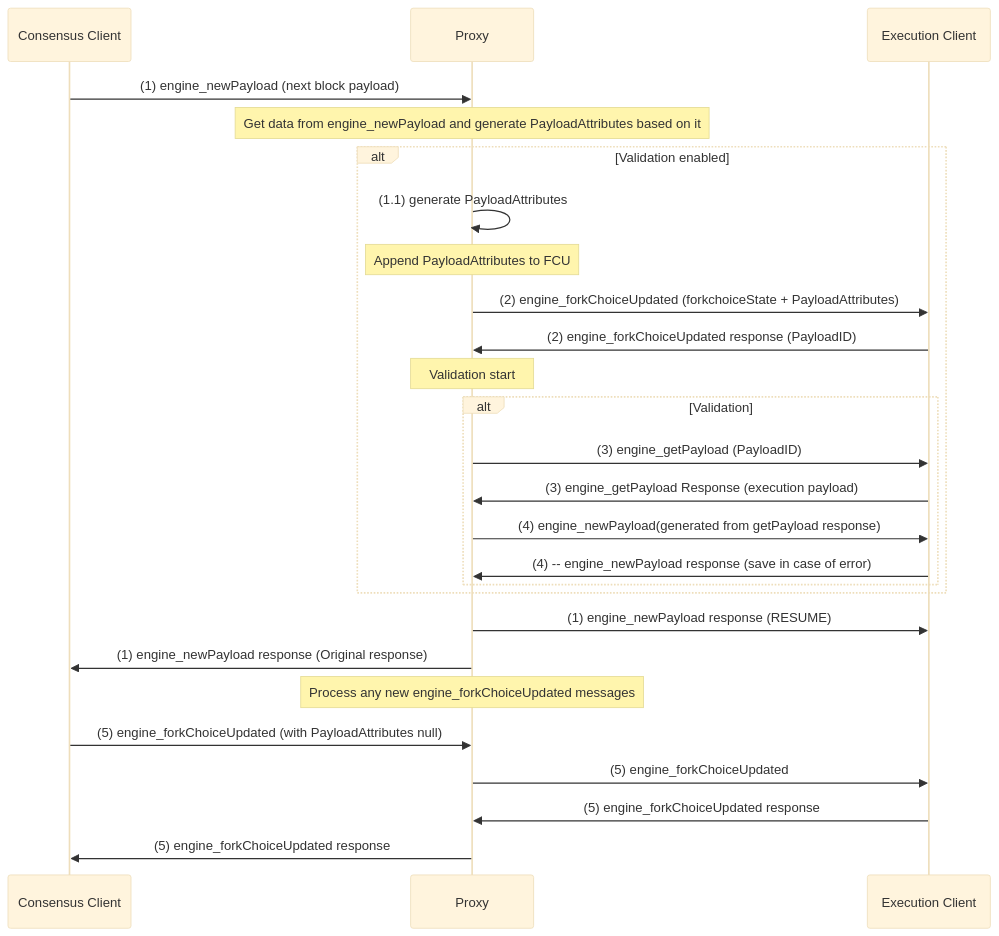
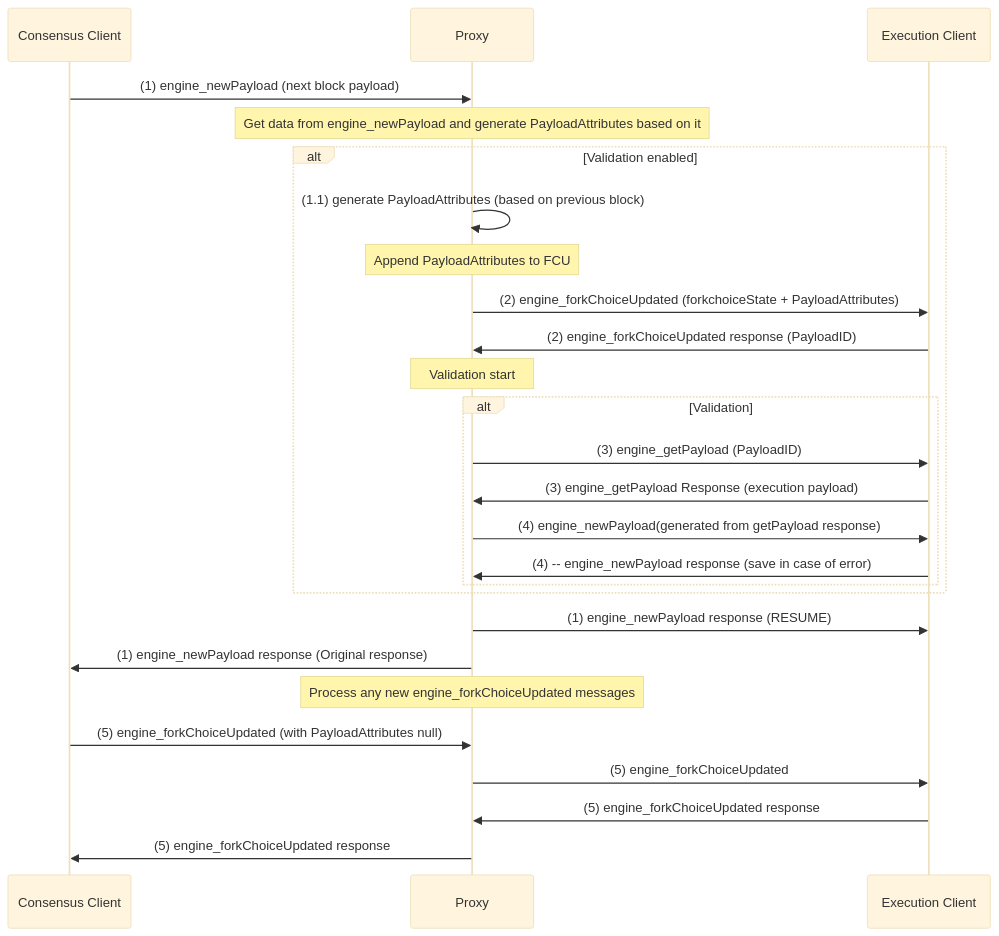
One commit to NethermindEth/nethermind changed the first of 2 diagrams in tools/EngineApiProxy/README.md. Above: the diagram before and after it, drawn with Mermaid (base theme). The commit also changed other lines of this file and 4 other files, not shown here.

````diff
--- a/tools/EngineApiProxy/README.md
+++ b/tools/EngineApiProxy/README.md
@@ -134,44 +134,44 @@
 ```mermaid
 sequenceDiagram
     participant CL as Consensus Client
     participant P as Proxy
     participant EC as Execution Client
 
     %% Step 7: Proceed a valid engine_newPayload (if any)
     CL->>P: (1) engine_newPayload (next block payload)
     
     Note over P: Get data from engine_newPayload and generate PayloadAttributes based on it
     %% Based on request (1) PR generates PayloadAttributes
     alt Validation enabled
  
-    P->>P: (1.1) generate PayloadAttributes
+    P->>P: (1.1) generate PayloadAttributes (based on previous block)
     Note over P: Append PayloadAttributes to FCU
     
     %% Step 2: PR sends generated request (1.1) to EL
     P->>EC: (2) engine_forkChoiceUpdated (forkchoiceState + PayloadAttributes)
     EC->>P: (2) engine_forkChoiceUpdated response (PayloadID)
        
     %% Step 3: getting PayloadID from EL (2), sending engine_getPayload with it
     Note over P: Validation start
     alt Validation
     P->>EC: (3) engine_getPayload (PayloadID)
     EC->>P: (3) engine_getPayload Response (execution payload)
     
     %% Step 4: Sending engine_newPayload with generated (3) payload
     P->>EC: (4) engine_newPayload(generated from getPayload response)
     EC->>P: (4) -- engine_newPayload response (save in case of error)
     end
 
     end
     %% Step 5: Resuming original engine_newPayload
     P->>EC: (1) engine_newPayload response (RESUME)
     P->>CL: (1) engine_newPayload response (Original response)
     Note over P: Process any new engine_forkChoiceUpdated messages
 
     %% Step 6: CL sends engine_forkChoiceUpdated based on original engine_newPayload response
     CL->>P: (5) engine_forkChoiceUpdated (with PayloadAttributes null)
     P->>EC: (5) engine_forkChoiceUpdated
     EC->>P: (5) engine_forkChoiceUpdated response
     P->>CL: (5) engine_forkChoiceUpdated response 
 
 ```
````
